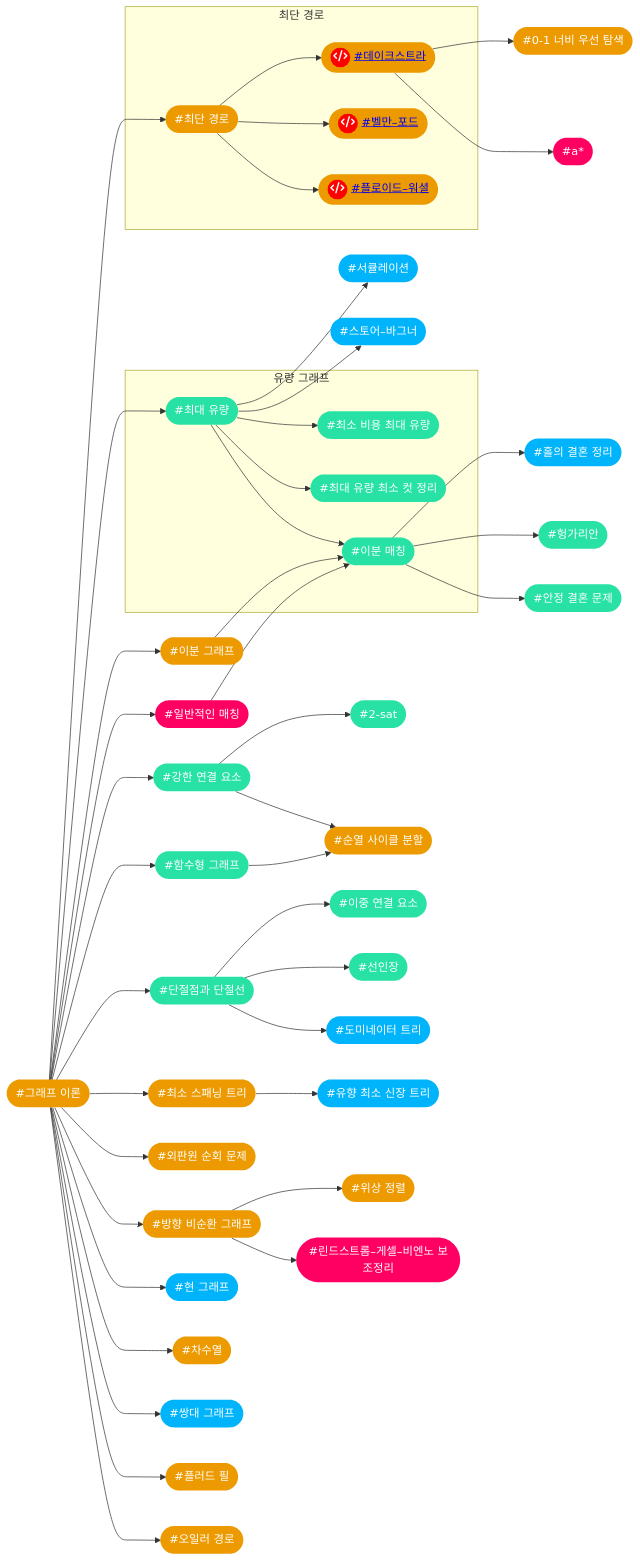
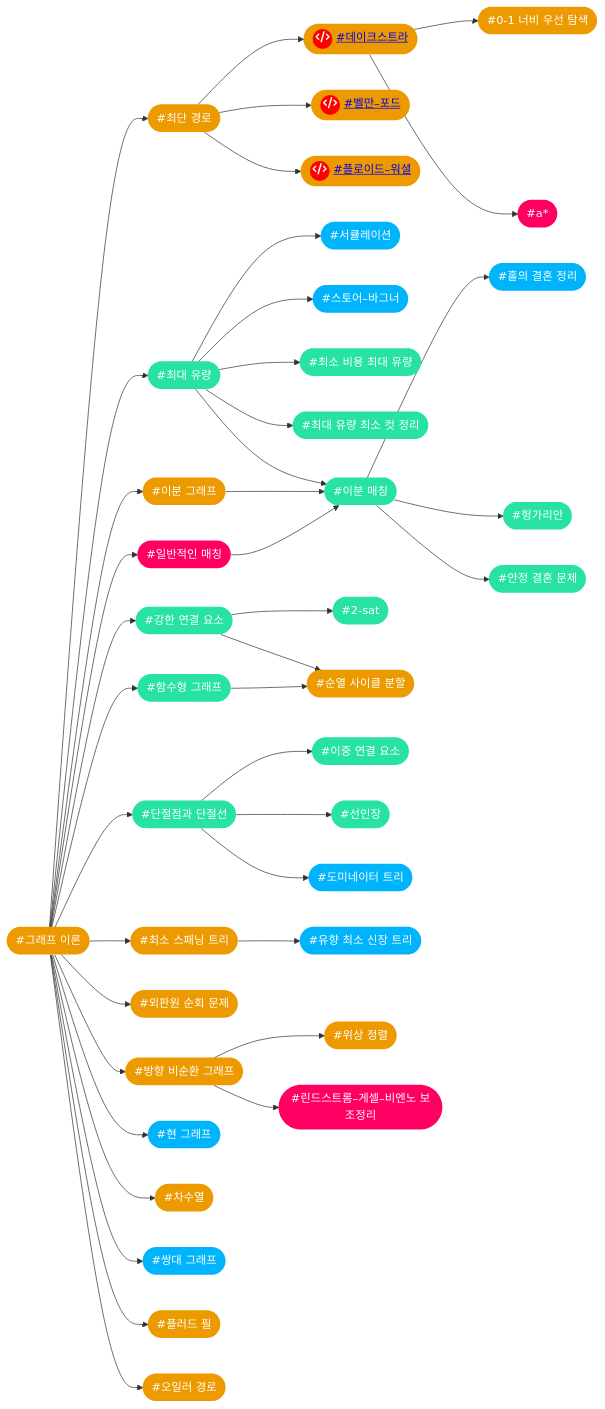
The seventh of 14 diagrams in index.md (CHOYUNSIG/algorithm_with_boj), drawn with Mermaid before and after one commit. The commit also changed other lines of this file, not shown here.

```diff
--- a/index.md
+++ b/index.md
@@ -346,20 +342,6 @@
     #dijkstra --> #a_star
     #dag --> #topological_sorting
     #dag --> #lgv
-    
-    subgraph 최단 경로
-        #shortest_path
-        #dijkstra
-        #bellman_ford
-        #floyd_warshall
-    end
-
-    subgraph 유량 그래프
-        #flow
-        #mcmf
-        #mfmc
-        #bipartite_matching
-    end
 
     #0_1_bfs(["#0-1 너비 우선 탐색"]):::tier2
     #2_sat(["#2-sat"]):::tier3
```
